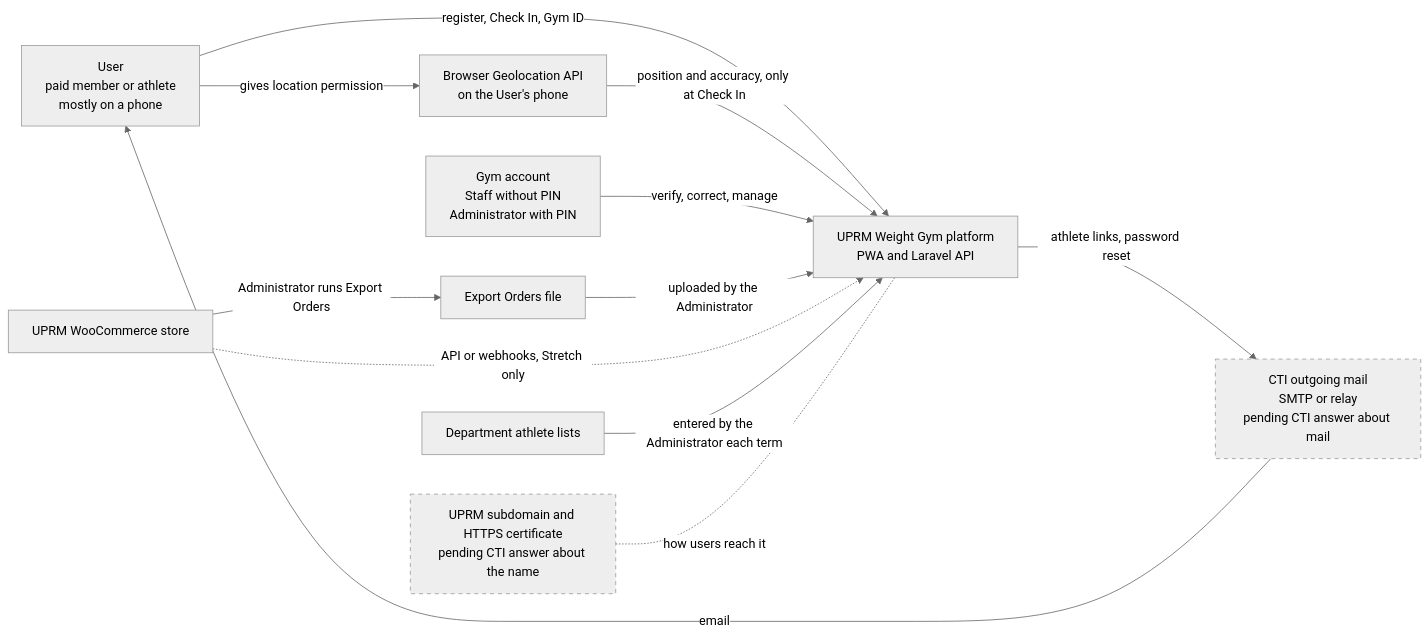
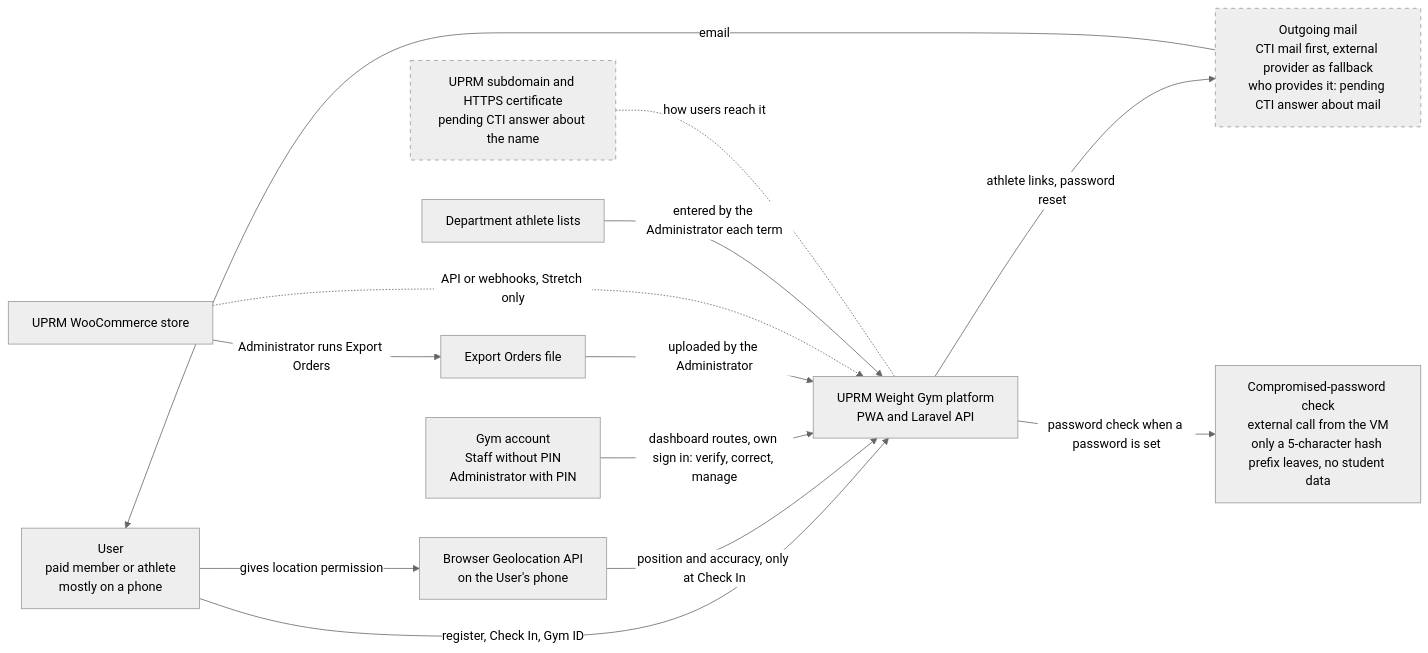
One commit to Th3-Minorities/natatorio-gym-app changed the first of 5 diagrams in docs/design/architecture.md. Above: the diagram before and after it, drawn with Mermaid (neutral theme). The commit also changed other lines of this file, not shown here.

Commit message:
Apply the design review decisions to the architecture

````diff
--- a/docs/design/architecture.md
+++ b/docs/design/architecture.md
@@ -13,27 +13,29 @@
 ```mermaid
 flowchart LR
   U["User<br/>paid member or athlete<br/>mostly on a phone"]
   G["Gym account<br/>Staff without PIN<br/>Administrator with PIN"]
   SYS["UPRM Weight Gym platform<br/>PWA and Laravel API"]
   GEO["Browser Geolocation API<br/>on the User's phone"]
   WOO["UPRM WooCommerce store"]
   FILE["Export Orders file"]
   LISTS["Department athlete lists"]
-  MAIL["CTI outgoing mail<br/>SMTP or relay<br/>pending CTI answer about mail"]
+  MAIL["Outgoing mail<br/>CTI mail first, external provider as fallback<br/>who provides it: pending CTI answer about mail"]
   NAME["UPRM subdomain and HTTPS certificate<br/>pending CTI answer about the name"]
+  PWN["Compromised-password check<br/>external call from the VM<br/>only a 5-character hash prefix leaves, no student data"]
 
   U -->|"register, Check In, Gym ID"| SYS
   U -->|"gives location permission"| GEO
   GEO -->|"position and accuracy, only at Check In"| SYS
-  G -->|"verify, correct, manage"| SYS
+  G -->|"dashboard routes, own sign in: verify, correct, manage"| SYS
   WOO -->|"Administrator runs Export Orders"| FILE
   FILE -->|"uploaded by the Administrator"| SYS
   WOO -.->|"API or webhooks, Stretch only"| SYS
   LISTS -->|"entered by the Administrator each term"| SYS
   SYS -->|"athlete links, password reset"| MAIL
   MAIL -->|"email"| U
+  SYS -->|"password check when a password is set"| PWN
   NAME -.-|"how users reach it"| SYS
 
   classDef pending stroke-dasharray: 5 5
   class MAIL,NAME pending
 ```
````
